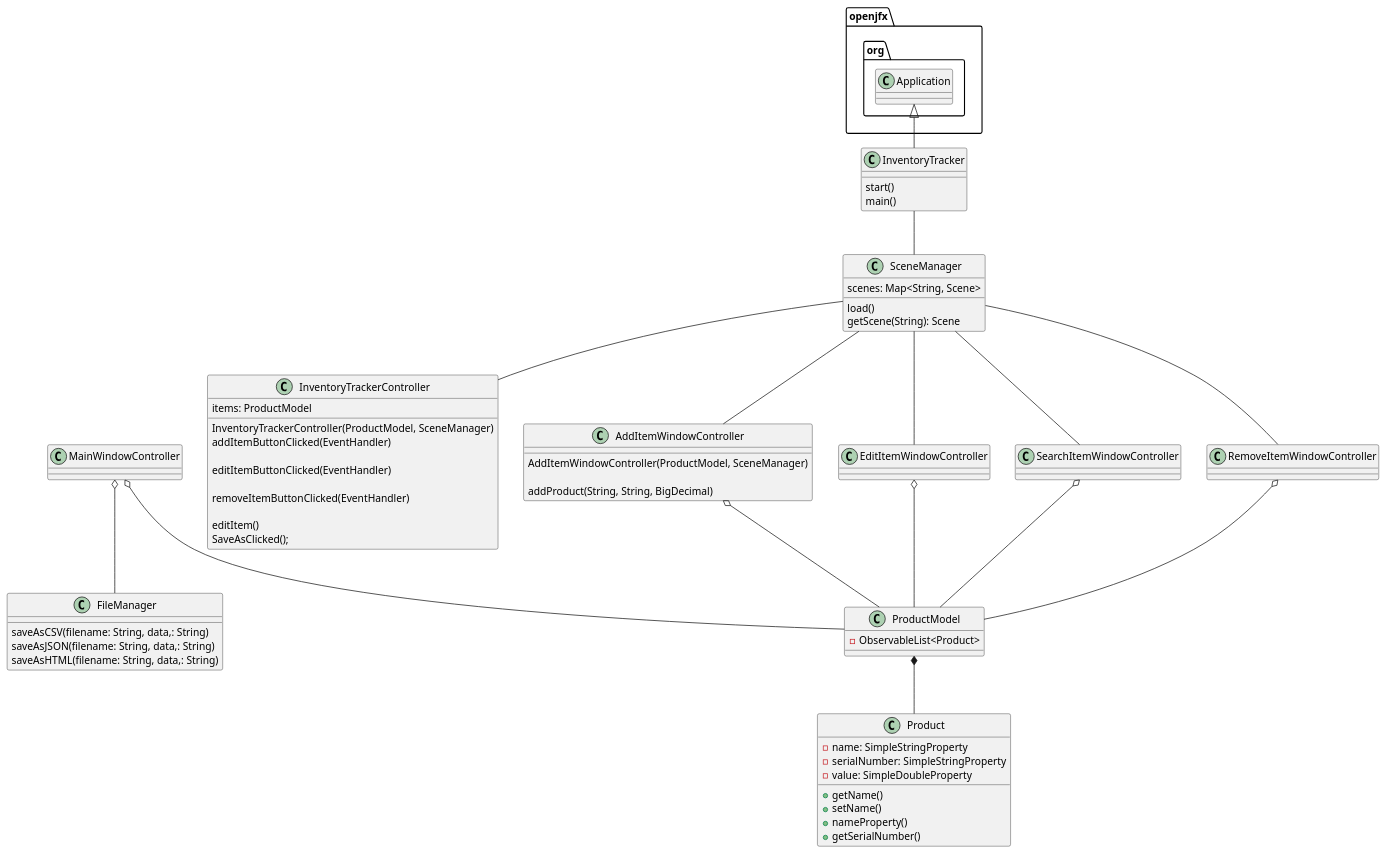
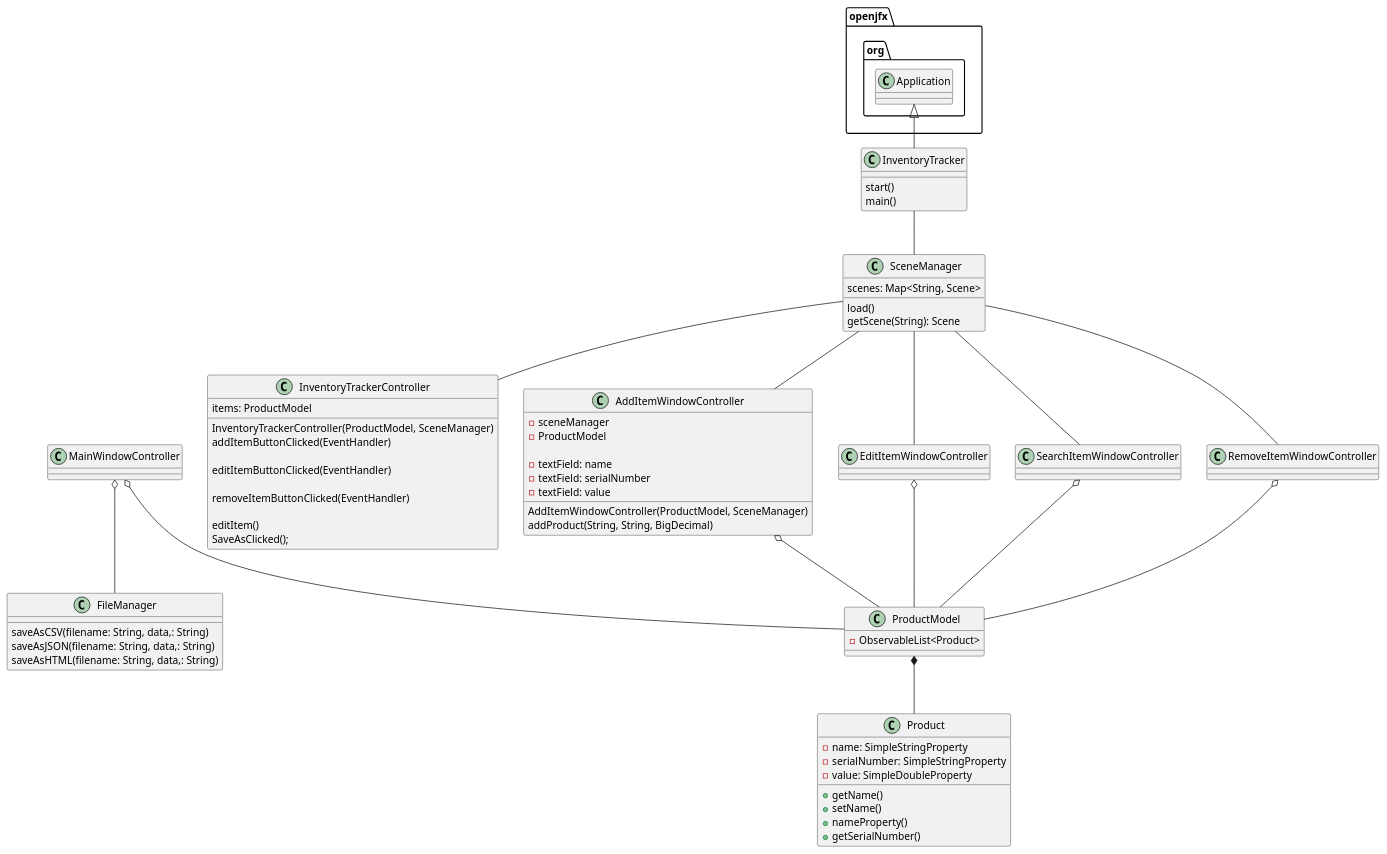
Before and after one commit to PShannon-Dev/Shannon-2611-a5: the diagram in uml/exercise56.puml, drawn with PlantUML. The commit also changed 20 other files, not shown here.

```diff
--- a/uml/exercise56.puml
+++ b/uml/exercise56.puml
@@ -1,88 +1,96 @@
 @startuml
 
 class InventoryTracker{
     start()
     main()
 }
 
 'Lecture 7/12/2021
 class SceneManager{
     scenes: Map<String, Scene>
 
     load()
     getScene(String): Scene
 }
 
 class InventoryTrackerController{
     items: ProductModel
 
     'constructor for sceneManager
     InventoryTrackerController(ProductModel, SceneManager)
 
 
     'pass addItem scene to SceneManager
     addItemButtonClicked(EventHandler)
 
     'might not be button, may just edit in table view
     editItemButtonClicked(EventHandler)
 
     'remove selected item
     removeItemButtonClicked(EventHandler)
 
     editItem()
     SaveAsClicked();
 }
 class AddItemWindowController{
     'constructor for sceneManager
     AddItemWindowController(ProductModel, SceneManager)
 
+    'instances
+    -sceneManager
+    -ProductModel
+
+    -textField: name
+    -textField: serialNumber
+    -textField: value
+
     'add product through constructor using text field
-    addProduct(String, String, BigDecimal)
+     addProduct(String, String, BigDecimal)
 }
 
 'this may be removed if its possible to edit in tableview
 class EditItemWindowController{
 
 }
 
 class SearchItemWindowController{
 }
 
 class ProductModel{
 
     - ObservableList<Product>
 
 }
 
 class Product{
     - name: SimpleStringProperty
     - serialNumber: SimpleStringProperty
     - value: SimpleDoubleProperty
 
     + getName()
     + setName()
     + nameProperty()
     + getSerialNumber()
     '...
 }
 
 class FileManager{
     saveAsCSV(filename: String, data,: String)
     saveAsJSON(filename: String, data,: String)
     saveAsHTML(filename: String, data,: String)
 }
 openjfx.org.Application <|-- InventoryTracker
 InventoryTracker -- SceneManager
 SceneManager -- InventoryTrackerController
 SceneManager -- AddItemWindowController
 SceneManager -- EditItemWindowController
 SceneManager -- RemoveItemWindowController
 SceneManager -- SearchItemWindowController
 MainWindowController o-- ProductModel
 AddItemWindowController o-- ProductModel
 EditItemWindowController o-- ProductModel
 RemoveItemWindowController o-- ProductModel
 SearchItemWindowController o-- ProductModel
 MainWindowController o-- FileManager
 ProductModel *-- Product
 @enduml
```
